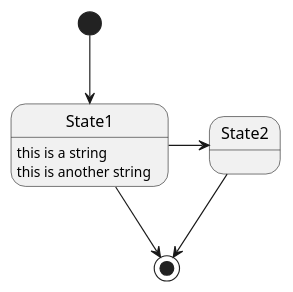
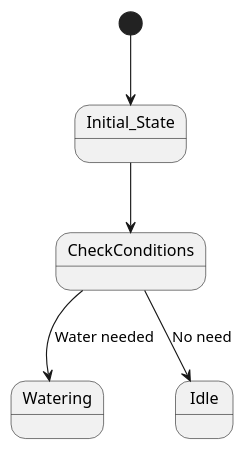
One commit to mersi940/Individual-assignment changed the diagram in src/chapter_2.md. Above: the diagram before and after it, drawn with PlantUML. The commit also changed 3 other files, not shown here.

Commit message:
Second diagram testing

````diff
--- a/src/chapter_2.md
+++ b/src/chapter_2.md
@@ -2,14 +2,12 @@
 ```plantuml
 @startuml
 
-[*] --> State1
-State1 --> [*]
-State1 : this is a string
-State1 : this is another string
+[*] --> Initial_State
+Initial_State--> CheckConditions
+CheckConditions--> Watering : Water needed
+CheckConditions--> Idle : No need
 
-State1 -> State2
-State2 --> [*]
 
 @enduml
 
 ```
````
